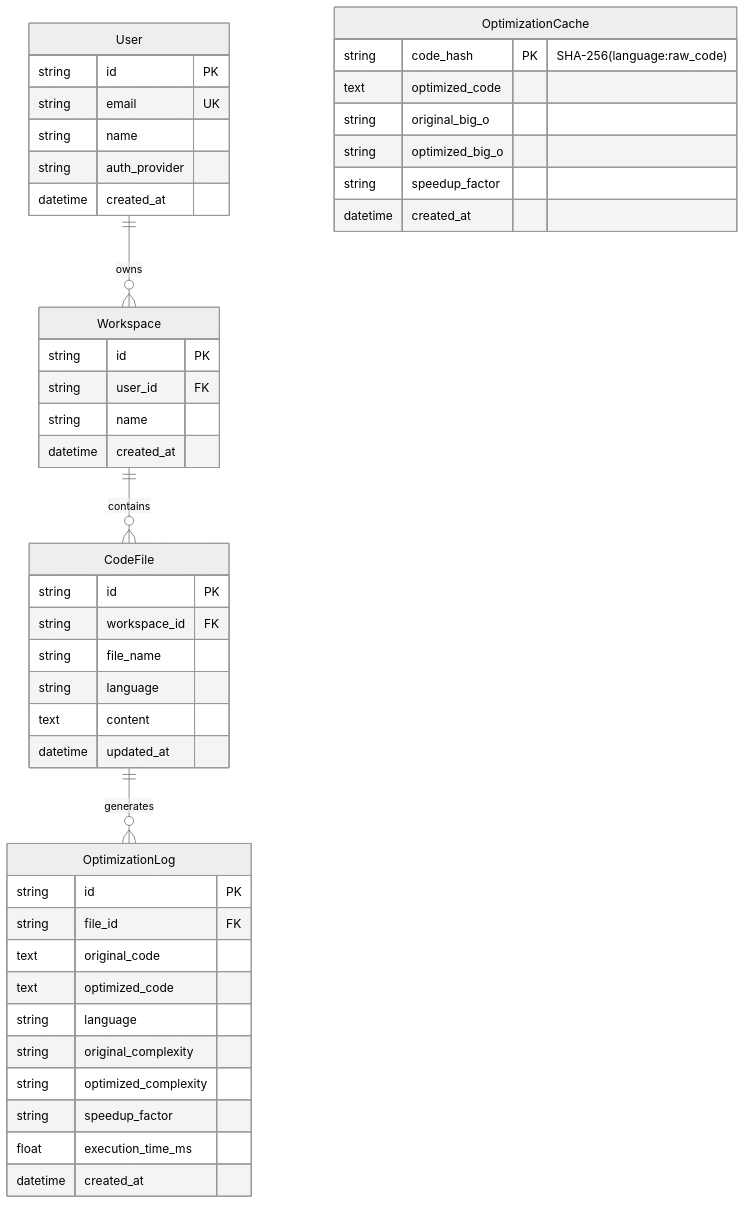
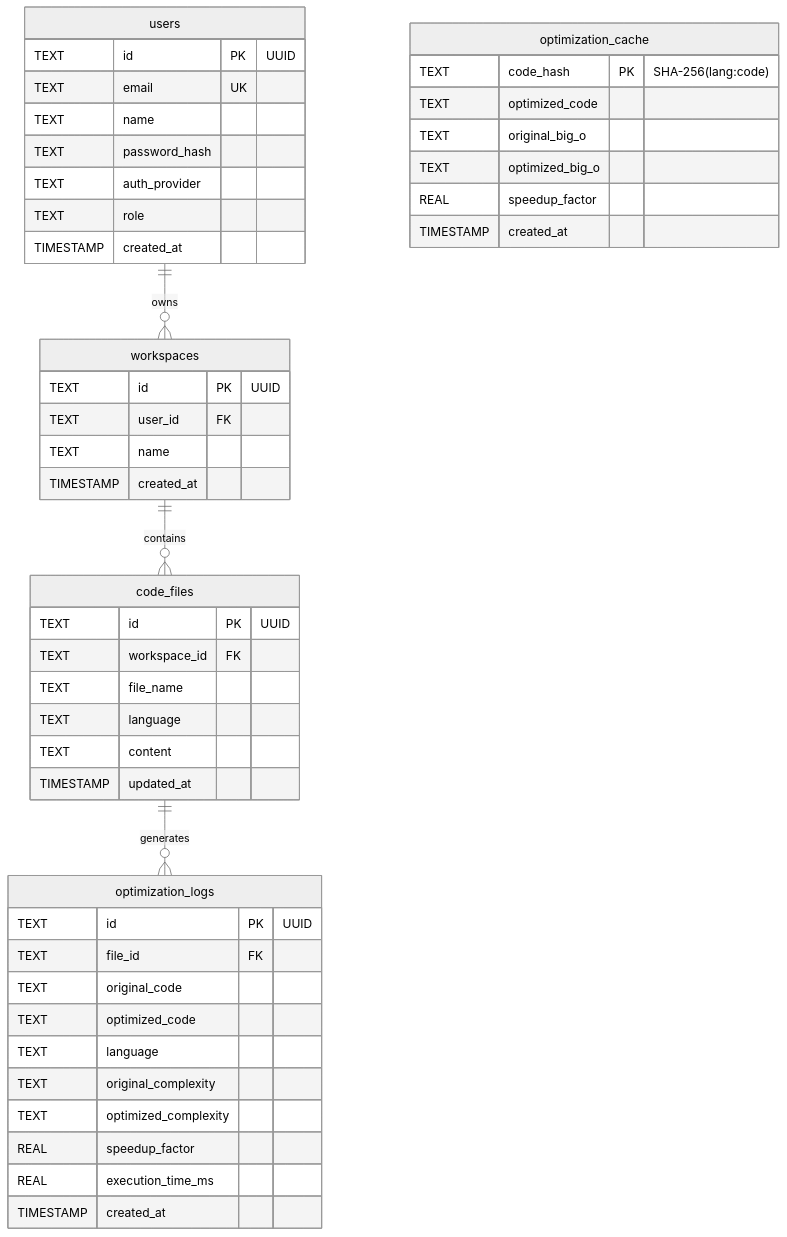
One commit to 5th-Harmony/OptiCode changed the third of 5 diagrams in ARCHITECTURE.md. Above: the diagram before and after it, drawn with Mermaid (neutral theme). The commit also changed other lines of this file and 19 other files, not shown here.

Commit message:
feat: complete OptiCode AI IDE platform with 6-step agent pipeline, SQLite cache, and full architecture specs

````diff
--- a/ARCHITECTURE.md
+++ b/ARCHITECTURE.md
@@ -65,48 +243,50 @@
 ```mermaid
 erDiagram
-    User ||--o{ Workspace : owns
-    Workspace ||--o{ CodeFile : contains
-    CodeFile ||--o{ OptimizationLog : generates
-    
-    User {
-        string id PK
-        string email UK
-        string name
-        string auth_provider
-        datetime created_at
+    users ||--o{ workspaces : owns
+    workspaces ||--o{ code_files : contains
+    code_files ||--o{ optimization_logs : generates
+
+    users {
+        TEXT id PK "UUID"
+        TEXT email UK
+        TEXT name
+        TEXT password_hash
+        TEXT auth_provider
+        TEXT role
+        TIMESTAMP created_at
     }
-    Workspace {
-        string id PK
-        string user_id FK
-        string name
-        datetime created_at
+    workspaces {
+        TEXT id PK "UUID"
+        TEXT user_id FK
+        TEXT name
+        TIMESTAMP created_at
     }
-    CodeFile {
-        string id PK
-        string workspace_id FK
-        string file_name
-        string language
-        text content
-        datetime updated_at
+    code_files {
+        TEXT id PK "UUID"
+        TEXT workspace_id FK
+        TEXT file_name
+        TEXT language
+        TEXT content
+        TIMESTAMP updated_at
     }
-    OptimizationLog {
-        string id PK
-        string file_id FK
-        text original_code
-        text optimized_code
-        string language
-        string original_complexity
-        string optimized_complexity
-        string speedup_factor
-        float execution_time_ms
-        datetime created_at
+    optimization_logs {
+        TEXT id PK "UUID"
+        TEXT file_id FK
+        TEXT original_code
+        TEXT optimized_code
+        TEXT language
+        TEXT original_complexity
+        TEXT optimized_complexity
+        REAL speedup_factor
+        REAL execution_time_ms
+        TIMESTAMP created_at
     }
-    OptimizationCache {
-        string code_hash PK "SHA-256(language:raw_code)"
-        text optimized_code
-        string original_big_o
-        string optimized_big_o
-        string speedup_factor
-        datetime created_at
+    optimization_cache {
+        TEXT code_hash PK "SHA-256(lang:code)"
+        TEXT optimized_code
+        TEXT original_big_o
+        TEXT optimized_big_o
+        REAL speedup_factor
+        TIMESTAMP created_at
     }
 ```
````
